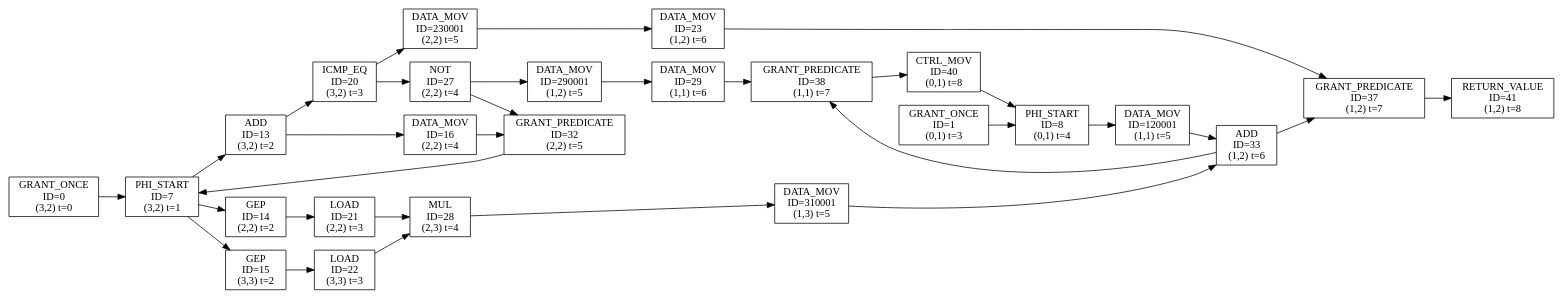
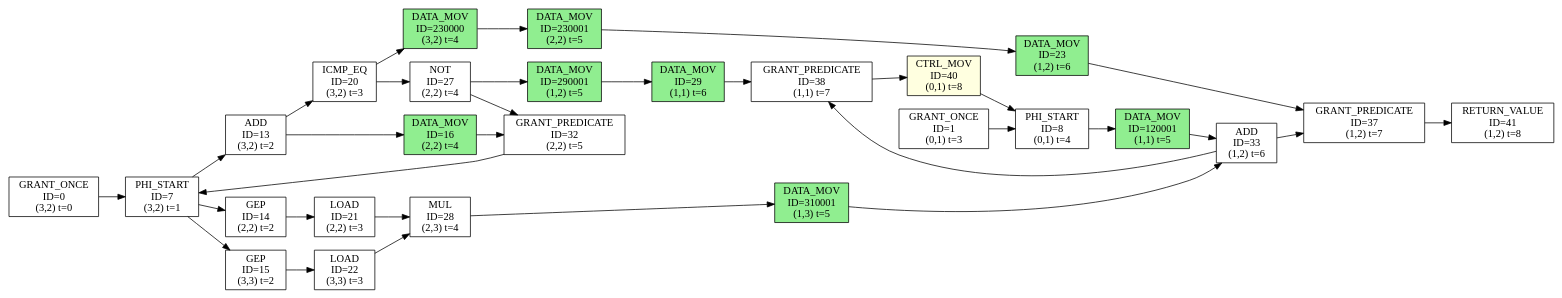
The diagram in kernel/fir/fir-dfg.dot (sarchlab/Zeonica_Testbench), drawn with Graphviz before and after one commit. The commit also changed 3 other files, not shown here.

```diff
--- a/kernel/fir/fir-dfg.dot
+++ b/kernel/fir/fir-dfg.dot
@@ -1,58 +1,61 @@
 digraph DFG {
   rankdir=LR;
-  n0 [shape=box,label="GRANT_ONCE\nID=0\n(3,2) t=0"];
-  n1 [shape=box,label="GRANT_ONCE\nID=1\n(0,1) t=3"];
-  n7 [shape=box,label="PHI_START\nID=7\n(3,2) t=1"];
-  n8 [shape=box,label="PHI_START\nID=8\n(0,1) t=4"];
-  n13 [shape=box,label="ADD\nID=13\n(3,2) t=2"];
-  n14 [shape=box,label="GEP\nID=14\n(2,2) t=2"];
-  n15 [shape=box,label="GEP\nID=15\n(3,3) t=2"];
-  n16 [shape=box,label="DATA_MOV\nID=16\n(2,2) t=4"];
-  n20 [shape=box,label="ICMP_EQ\nID=20\n(3,2) t=3"];
-  n21 [shape=box,label="LOAD\nID=21\n(2,2) t=3"];
-  n22 [shape=box,label="LOAD\nID=22\n(3,3) t=3"];
-  n23 [shape=box,label="DATA_MOV\nID=23\n(1,2) t=6"];
-  n27 [shape=box,label="NOT\nID=27\n(2,2) t=4"];
-  n28 [shape=box,label="MUL\nID=28\n(2,3) t=4"];
-  n29 [shape=box,label="DATA_MOV\nID=29\n(1,1) t=6"];
-  n32 [shape=box,label="GRANT_PREDICATE\nID=32\n(2,2) t=5"];
-  n33 [shape=box,label="ADD\nID=33\n(1,2) t=6"];
-  n37 [shape=box,label="GRANT_PREDICATE\nID=37\n(1,2) t=7"];
-  n38 [shape=box,label="GRANT_PREDICATE\nID=38\n(1,1) t=7"];
-  n40 [shape=box,label="CTRL_MOV\nID=40\n(0,1) t=8"];
-  n41 [shape=box,label="RETURN_VALUE\nID=41\n(1,2) t=8"];
-  n120001 [shape=box,label="DATA_MOV\nID=120001\n(1,1) t=5"];
-  n230001 [shape=box,label="DATA_MOV\nID=230001\n(2,2) t=5"];
-  n290001 [shape=box,label="DATA_MOV\nID=290001\n(1,2) t=5"];
-  n310001 [shape=box,label="DATA_MOV\nID=310001\n(1,3) t=5"];
+  node [shape=box, style=filled];
+  n0 [label="GRANT_ONCE\nID=0\n(3,2) t=0", fillcolor=white];
+  n1 [label="GRANT_ONCE\nID=1\n(0,1) t=3", fillcolor=white];
+  n7 [label="PHI_START\nID=7\n(3,2) t=1", fillcolor=white];
+  n8 [label="PHI_START\nID=8\n(0,1) t=4", fillcolor=white];
+  n13 [label="ADD\nID=13\n(3,2) t=2", fillcolor=white];
+  n14 [label="GEP\nID=14\n(2,2) t=2", fillcolor=white];
+  n15 [label="GEP\nID=15\n(3,3) t=2", fillcolor=white];
+  n16 [label="DATA_MOV\nID=16\n(2,2) t=4", fillcolor=lightgreen];
+  n20 [label="ICMP_EQ\nID=20\n(3,2) t=3", fillcolor=white];
+  n21 [label="LOAD\nID=21\n(2,2) t=3", fillcolor=white];
+  n22 [label="LOAD\nID=22\n(3,3) t=3", fillcolor=white];
+  n23 [label="DATA_MOV\nID=23\n(1,2) t=6", fillcolor=lightgreen];
+  n27 [label="NOT\nID=27\n(2,2) t=4", fillcolor=white];
+  n28 [label="MUL\nID=28\n(2,3) t=4", fillcolor=white];
+  n29 [label="DATA_MOV\nID=29\n(1,1) t=6", fillcolor=lightgreen];
+  n32 [label="GRANT_PREDICATE\nID=32\n(2,2) t=5", fillcolor=white];
+  n33 [label="ADD\nID=33\n(1,2) t=6", fillcolor=white];
+  n37 [label="GRANT_PREDICATE\nID=37\n(1,2) t=7", fillcolor=white];
+  n38 [label="GRANT_PREDICATE\nID=38\n(1,1) t=7", fillcolor=white];
+  n40 [label="CTRL_MOV\nID=40\n(0,1) t=8", fillcolor=lightyellow];
+  n41 [label="RETURN_VALUE\nID=41\n(1,2) t=8", fillcolor=white];
+  n120001 [label="DATA_MOV\nID=120001\n(1,1) t=5", fillcolor=lightgreen];
+  n230000 [label="DATA_MOV\nID=230000\n(3,2) t=4", fillcolor=lightgreen];
+  n230001 [label="DATA_MOV\nID=230001\n(2,2) t=5", fillcolor=lightgreen];
+  n290001 [label="DATA_MOV\nID=290001\n(1,2) t=5", fillcolor=lightgreen];
+  n310001 [label="DATA_MOV\nID=310001\n(1,3) t=5", fillcolor=lightgreen];
   n40 -> n8;
   n13 -> n16;
   n16 -> n32;
   n38 -> n40;
   n28 -> n310001;
   n8 -> n120001;
   n27 -> n290001;
   n290001 -> n29;
   n29 -> n38;
-  n20 -> n230001;
+  n20 -> n230000;
+  n230000 -> n230001;
   n230001 -> n23;
   n23 -> n37;
   n33 -> n38;
   n310001 -> n33;
   n32 -> n7;
   n0 -> n7;
   n14 -> n21;
   n33 -> n37;
   n1 -> n8;
   n15 -> n22;
   n7 -> n13;
   n37 -> n41;
   n7 -> n14;
   n7 -> n15;
   n20 -> n27;
   n120001 -> n33;
   n21 -> n28;
   n13 -> n20;
   n27 -> n32;
   n22 -> n28;
 }
```
